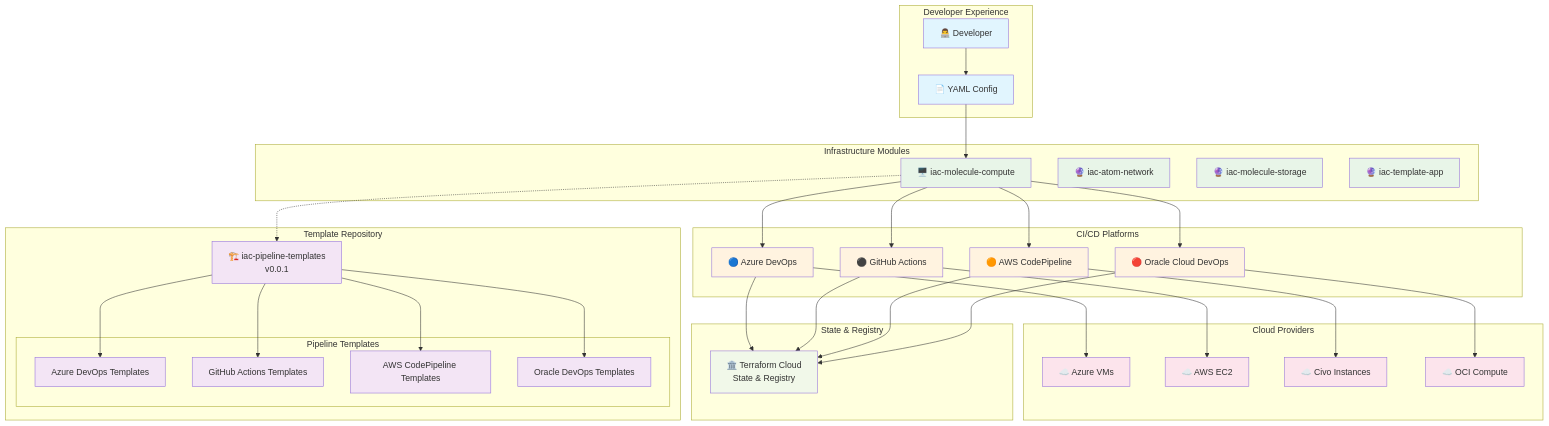
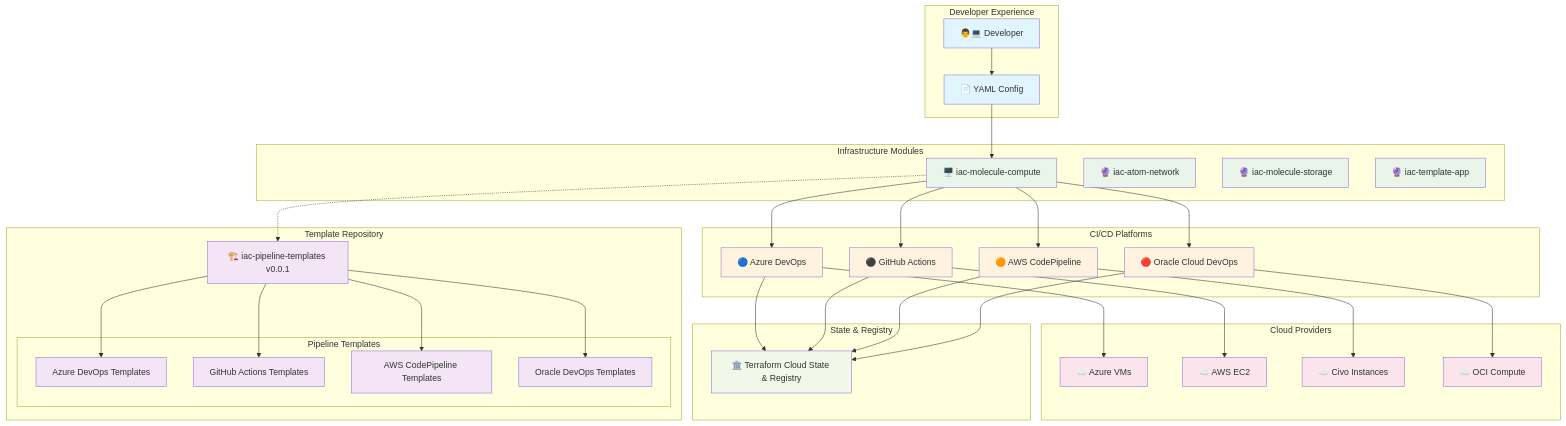
One commit to vpapakir/iac-molecule-compute changed the first of 4 diagrams in ARCHITECTURE_DIAGRAMS.md. Above: the diagram before and after it, drawn with Mermaid. The commit also changed other lines of this file and 2 other files, not shown here.

Commit message:
[ado] [release] ci: end to end test

````diff
--- a/ARCHITECTURE_DIAGRAMS.md
+++ b/ARCHITECTURE_DIAGRAMS.md
@@ -5,81 +5,81 @@
 ```mermaid
 graph TB
     subgraph "Developer Experience"
-        DEV[👨‍💻 Developer]
-        YAML[📄 YAML Config]
+        DEV["👨💻 Developer"]
+        YAML["📄 YAML Config"]
         DEV --> YAML
     end
 
     subgraph "Template Repository"
-        TPL[🏗️ iac-pipeline-templates<br/>v0.0.1]
+        TPL["🏗️ iac-pipeline-templates v0.0.1"]
         subgraph "Pipeline Templates"
-            ADO_T[Azure DevOps Templates]
-            GH_T[GitHub Actions Templates]
-            AWS_T[AWS CodePipeline Templates]
-            OCI_T[Oracle DevOps Templates]
+            ADO_T["Azure DevOps Templates"]
+            GH_T["GitHub Actions Templates"]
+            AWS_T["AWS CodePipeline Templates"]
+            OCI_T["Oracle DevOps Templates"]
         end
         TPL --> ADO_T
         TPL --> GH_T
         TPL --> AWS_T
         TPL --> OCI_T
     end
 
     subgraph "Infrastructure Modules"
-        COMPUTE[🖥️ iac-molecule-compute]
-        FUTURE1[🔮 iac-atom-network]
-        FUTURE2[🔮 iac-molecule-storage]
-        FUTURE3[🔮 iac-template-app]
+        COMPUTE["🖥️ iac-molecule-compute"]
+        FUTURE1["🔮 iac-atom-network"]
+        FUTURE2["🔮 iac-molecule-storage"]
+        FUTURE3["🔮 iac-template-app"]
     end
 
     subgraph "CI/CD Platforms"
-        ADO[🔵 Azure DevOps]
-        GHA[⚫ GitHub Actions]
-        AWS[🟠 AWS CodePipeline]
-        OCI[🔴 Oracle Cloud DevOps]
+        ADO["🔵 Azure DevOps"]
+        GHA["⚫ GitHub Actions"]
+        AWS["🟠 AWS CodePipeline"]
+        OCI["🔴 Oracle Cloud DevOps"]
     end
 
     subgraph "Cloud Providers"
-        AZURE[☁️ Azure VMs]
-        AWSEC2[☁️ AWS EC2]
-        CIVO[☁️ Civo Instances]
-        OCIVM[☁️ OCI Compute]
+        AZURE["☁️ Azure VMs"]
+        AWSEC2["☁️ AWS EC2"]
+        CIVO["☁️ Civo Instances"]
+        OCIVM["☁️ OCI Compute"]
     end
 
     subgraph "State & Registry"
-        TFC[🏛️ Terraform Cloud<br/>State & Registry]
+        TFC["🏛️ Terraform Cloud State & Registry"]
     end
 
     %% Connections
     YAML --> COMPUTE
     COMPUTE -.-> TPL
     
     COMPUTE --> ADO
     COMPUTE --> GHA
     COMPUTE --> AWS
     COMPUTE --> OCI
     
     ADO --> AZURE
     GHA --> AWSEC2
     AWS --> CIVO
     OCI --> OCIVM
     
     ADO --> TFC
     GHA --> TFC
     AWS --> TFC
     OCI --> TFC
 
     %% Styling
     classDef developer fill:#e1f5fe
     classDef template fill:#f3e5f5
     classDef module fill:#e8f5e8
     classDef cicd fill:#fff3e0
     classDef cloud fill:#fce4ec
     classDef state fill:#f1f8e9
 
     class DEV,YAML developer
     class TPL,ADO_T,GH_T,AWS_T,OCI_T template
     class COMPUTE,FUTURE1,FUTURE2,FUTURE3 module
     class ADO,GHA,AWS,OCI cicd
     class AZURE,AWSEC2,CIVO,OCIVM cloud
     class TFC state
 ```
````
